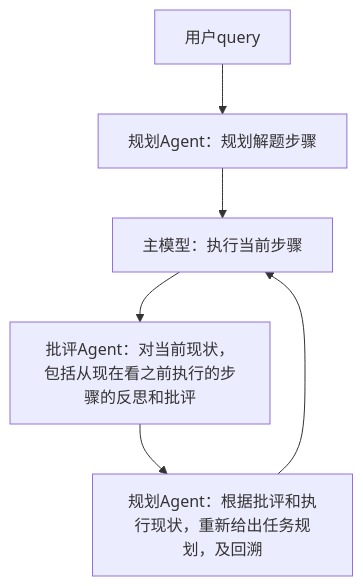
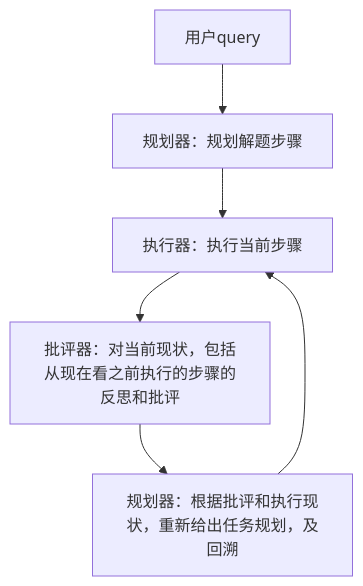
The diagram in README.md (BZ-coding/O1), drawn with Mermaid before and after one commit. The commit also changed other lines of this file, not shown here.

````diff
--- a/README.md
+++ b/README.md
@@ -28,8 +28,8 @@
 ```mermaid
 graph TD
-    用户query[用户query] --> 规划agent_0[规划Agent：规划解题步骤]
-    规划agent_0 --> 主模型[主模型：执行当前步骤]
-    主模型 --> 批评agent[批评Agent：对当前现状，包括从现在看之前执行的步骤的反思和批评]
-    批评agent --> 规划agent_1[规划Agent：根据批评和执行现状，重新给出任务规划，及回溯]
-    规划agent_1 --> 主模型[主模型：执行当前步骤]
+    用户query[用户query] --> 规划器_0[规划器：规划解题步骤]
+    规划器_0 --> 执行器[执行器：执行当前步骤]
+    执行器 --> 批评器[批评器：对当前现状，包括从现在看之前执行的步骤的反思和批评]
+    批评器 --> 规划器_1[规划器：根据批评和执行现状，重新给出任务规划，及回溯]
+    规划器_1 --> 执行器[执行器：执行当前步骤]
 ```
````
